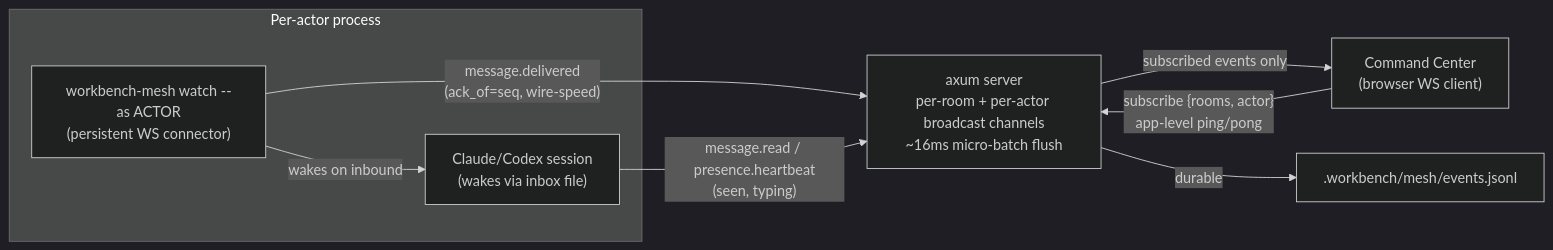
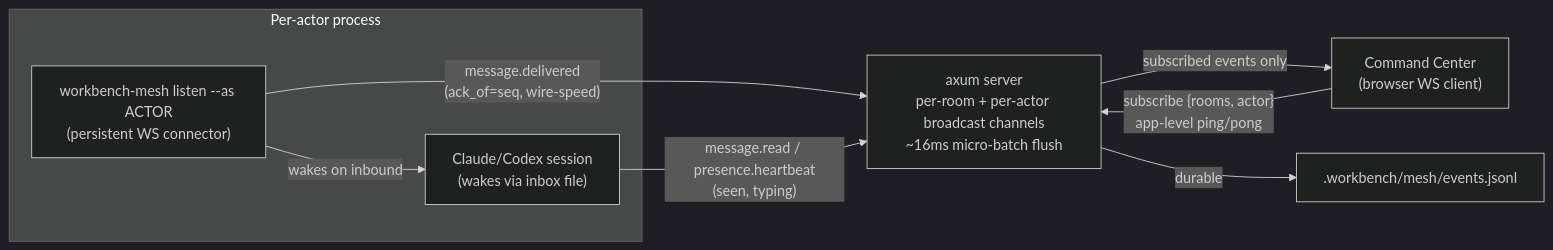
Before and after one commit to guuslangelaar0/workbench: the diagram in docs/superpowers/specs/2026-07-03-mesh-realtime-protocol-design.md, drawn with Mermaid (dark theme). The commit also changed other lines of this file, not shown here.

First line of the commit message:
docs: fix spec inaccuracies found while planning (watch collision, wake mechanism)

````diff
--- a/docs/superpowers/specs/2026-07-03-mesh-realtime-protocol-design.md
+++ b/docs/superpowers/specs/2026-07-03-mesh-realtime-protocol-design.md
@@ -33,14 +33,14 @@
 ```mermaid
 flowchart LR
   subgraph Actor["Per-actor process"]
-    Watch["workbench-mesh watch --as ACTOR\n(persistent WS connector)"]
+    Listen["workbench-mesh listen --as ACTOR\n(persistent WS connector)"]
     Session["Claude/Codex session\n(wakes via inbox file)"]
-    Watch -- "wakes on inbound" --> Session
+    Listen -- "wakes on inbound" --> Session
   end
-  Watch -- "message.delivered\n(ack_of=seq, wire-speed)" --> Server
+  Listen -- "message.delivered\n(ack_of=seq, wire-speed)" --> Server
   Session -- "message.read / presence.heartbeat\n(seen, typing)" --> Server
   Server["axum server\nper-room + per-actor broadcast channels\n~16ms micro-batch flush"]
   Server -- "subscribed events only" --> Dashboard["Command Center\n(browser WS client)"]
   Dashboard -- "subscribe {rooms, actor}\napp-level ping/pong" --> Server
   Server -- durable --> Log[".workbench/mesh/events.jsonl"]
 ```
````
